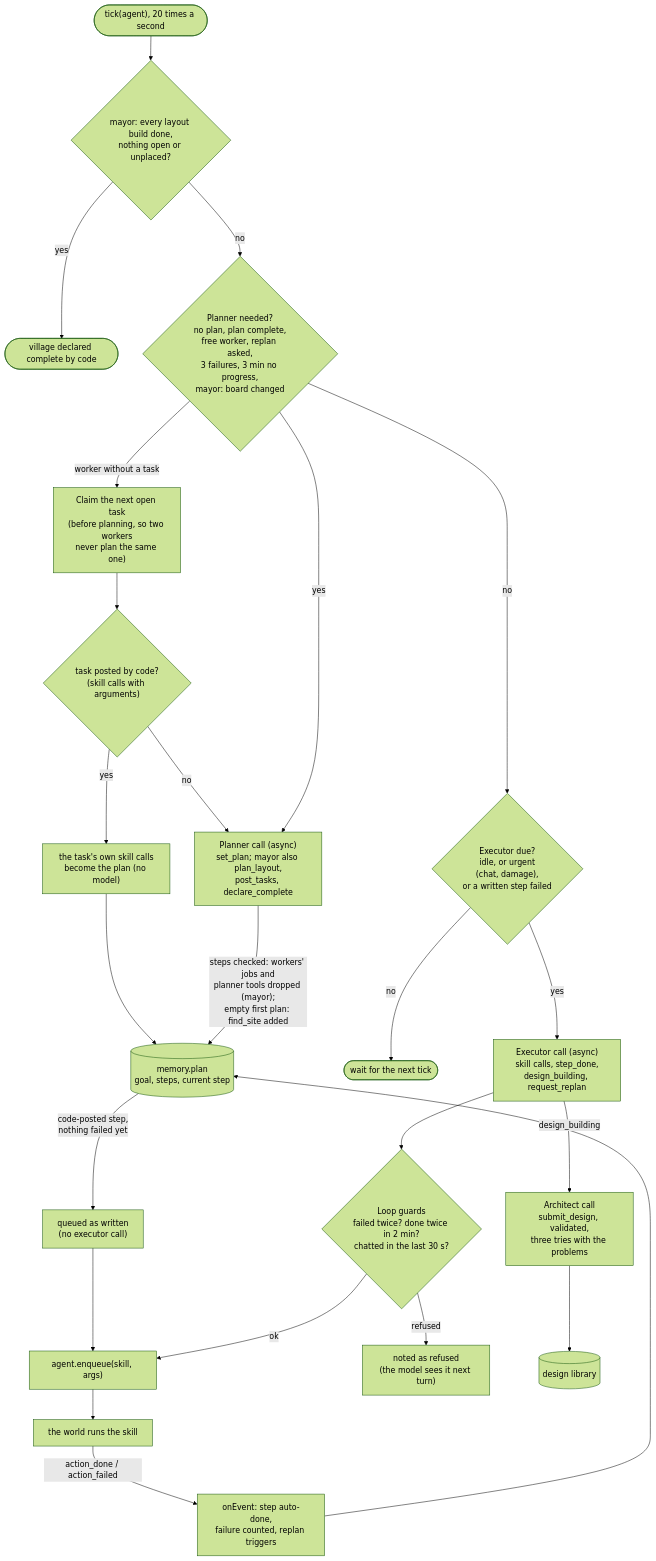
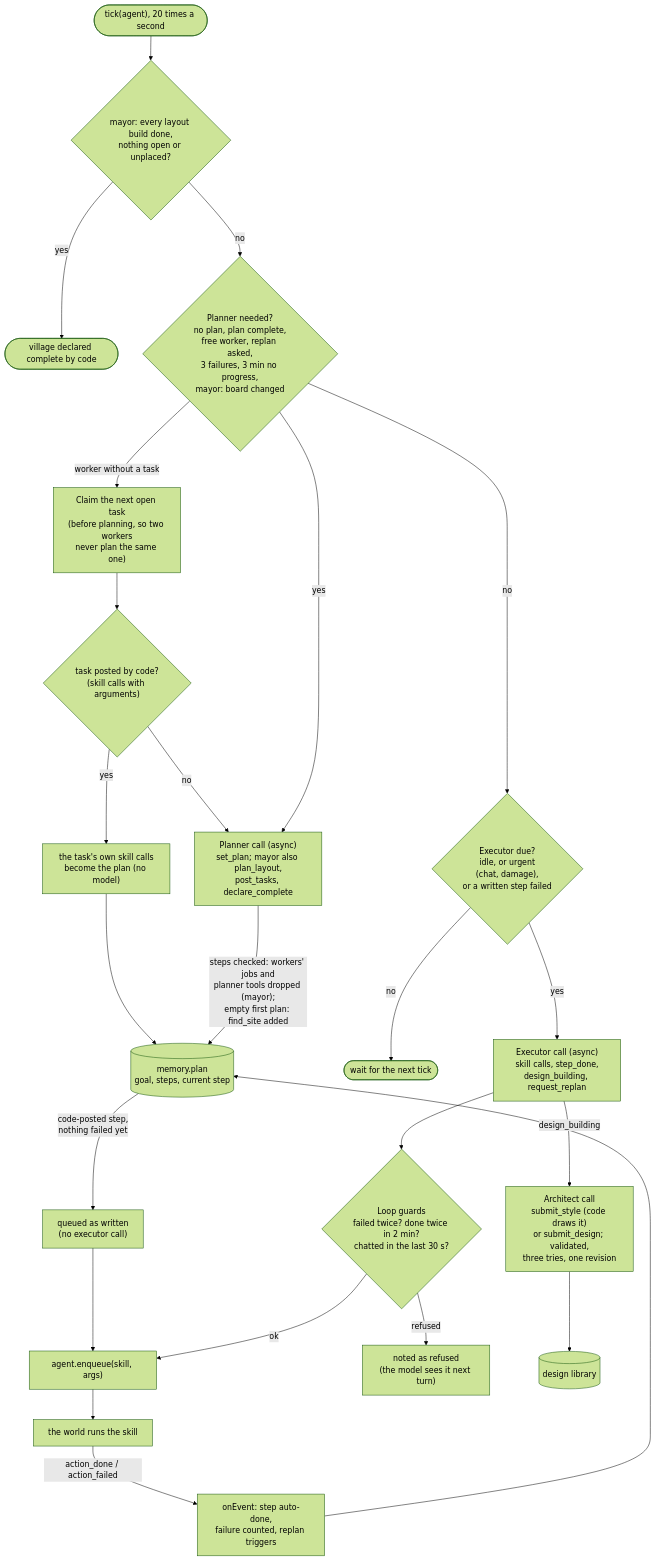
Before and after one commit to delphium226/MCAISandbox: the fourth of 14 diagrams in docs/ARCHITECTURE.md, drawn with Mermaid (forest theme). The commit also changed other lines of this file and 3 other files, not shown here.

````diff
--- a/docs/ARCHITECTURE.md
+++ b/docs/ARCHITECTURE.md
@@ -206,26 +207,26 @@
 ```mermaid
 flowchart TD
   tick(["tick(agent), 20 times a second"]) --> donecheck{"mayor: every layout build done,<br/>nothing open or unplaced?"}
   donecheck -- yes --> complete(["village declared complete by code"])
   donecheck -- no --> planq{"Planner needed?<br/>no plan, plan complete,<br/>free worker, replan asked,<br/>3 failures, 3 min no progress,<br/>mayor: board changed"}
   planq -- "worker without a task" --> claim["Claim the next open task<br/>(before planning, so two workers<br/>never plan the same one)"]
   claim --> codetask{"task posted by code?<br/>(skill calls with arguments)"}
   codetask -- yes --> ownsteps["the task's own skill calls<br/>become the plan (no model)"]
   ownsteps --> mem
   codetask -- no --> planner
   mem -- "code-posted step,<br/>nothing failed yet" --> asis["queued as written<br/>(no executor call)"]
   asis --> queue
   planq -- yes --> planner["Planner call (async)<br/>set_plan; mayor also plan_layout,<br/>post_tasks, declare_complete"]
   planq -- no --> execq
   planner -- "steps checked: workers' jobs and<br/>planner tools dropped (mayor);<br/>empty first plan: find_site added" --> mem[("memory.plan<br/>goal, steps, current step")]
   execq{"Executor due?<br/>idle, or urgent<br/>(chat, damage),<br/>or a written step failed"} -- no --> done(["wait for the next tick"])
   execq -- yes --> executor["Executor call (async)<br/>skill calls, step_done,<br/>design_building, request_replan"]
   executor --> guard{"Loop guards<br/>failed twice? done twice in 2 min?<br/>chatted in the last 30 s?"}
   guard -- refused --> notes["noted as refused<br/>(the model sees it next turn)"]
   guard -- ok --> queue["agent.enqueue(skill, args)"]
-  executor -- design_building --> architect["Architect call<br/>submit_design, validated,<br/>three tries with the problems"]
+  executor -- design_building --> architect["Architect call<br/>submit_style (code draws it)<br/>or submit_design; validated,<br/>three tries, one revision"]
   architect --> library[("design library")]
   queue --> skill["the world runs the skill"]
   skill -- "action_done / action_failed" --> onevent["onEvent: step auto-done,<br/>failure counted, replan triggers"]
   onevent --> mem
 ```
````
